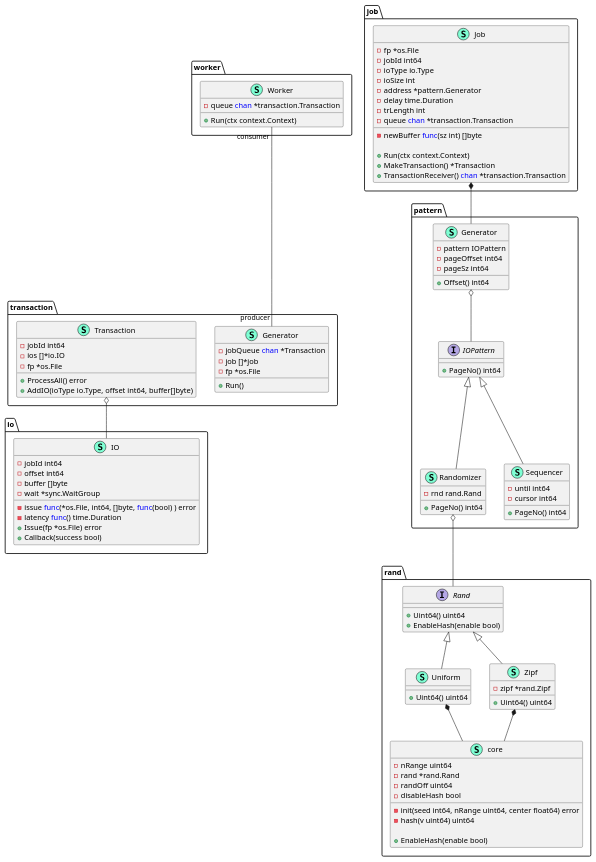
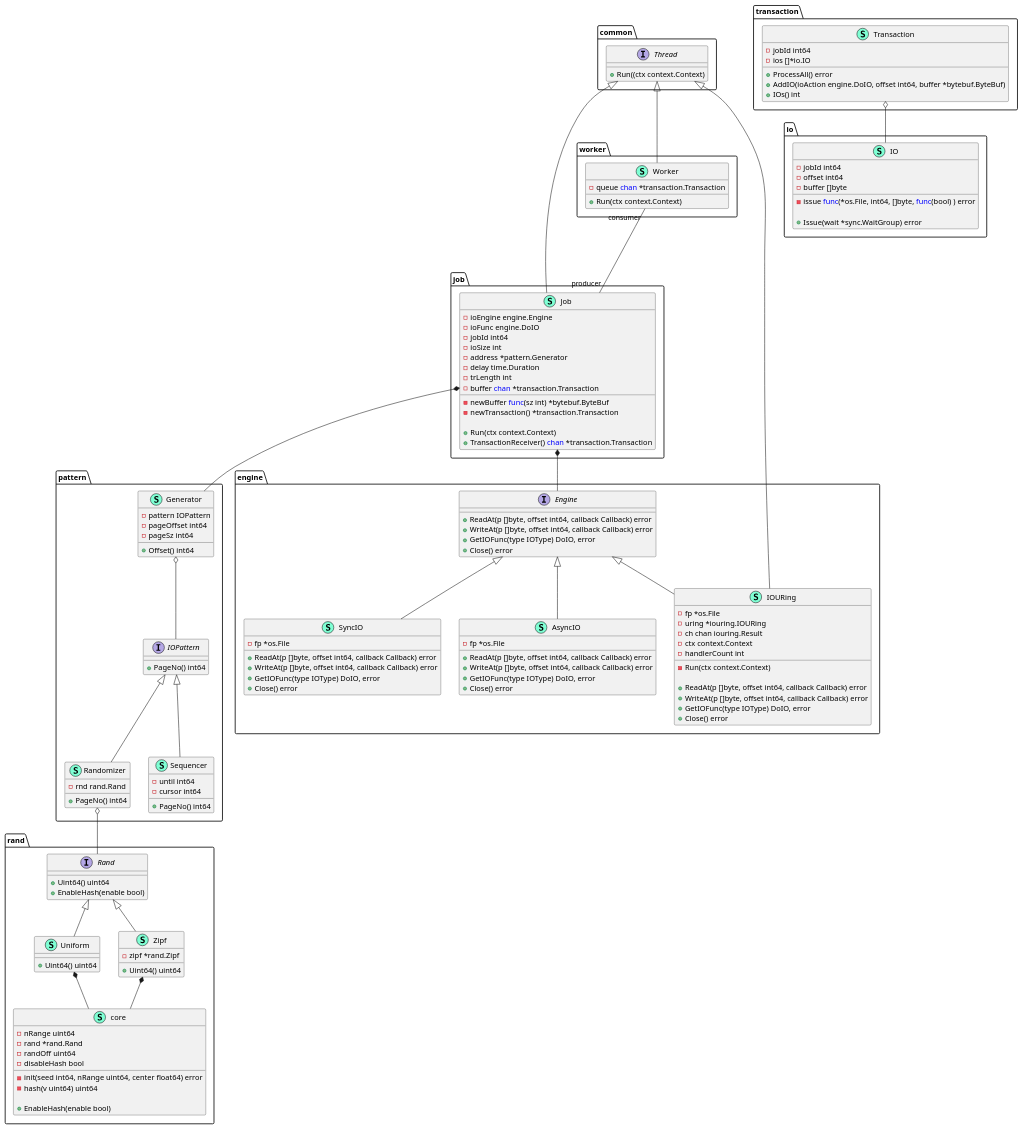
One commit to sungup/t-fio changed the diagram in docs/class-diagram.puml. Above: the diagram before and after it, drawn with PlantUML. The commit also changed 2 other files, not shown here.

Commit message:
internal.engine: now engine.IOURing inherit common.Thread interface
- engine.IOURing inherit common.Thread interface, so Job should check their
  engine is inherited struct from common.Thread.
- change the UML file.

```diff
--- a/docs/class-diagram.puml
+++ b/docs/class-diagram.puml
@@ -1,136 +1,181 @@
 @startuml
+
+namespace common {
+    interface Thread {
+        + Run((ctx context.Context)
+    }
+}
 
 namespace io {
     class IO << (S,Aquamarine) >> {
         - jobId int64
         - offset int64
         - buffer []byte
         - issue <font color=blue>func</font>(*os.File, int64, []byte, <font color=blue>func</font>(bool) ) error
-        - latency <font color=blue>func</font>() time.Duration
-        - wait *sync.WaitGroup
 
-        + Issue(fp *os.File) error
-        + Callback(success bool)
+        + Issue(wait *sync.WaitGroup) error
+    }
+}
+
+namespace transaction {
+    class Transaction << (S, Aquamarine) >> {
+        - jobId int64
+        - ios []*io.IO
+
+        + ProcessAll() error
+        + AddIO(ioAction engine.DoIO, offset int64, buffer *bytebuf.ByteBuf)
+        + IOs() int
     }
 }
 
 namespace pattern {
     class Generator << (S,Aquamarine) >> {
         - pattern IOPattern
         - pageOffset int64
         - pageSz int64
 
         + Offset() int64
 
     }
     interface IOPattern  {
         + PageNo() int64
 
     }
     class Randomizer << (S,Aquamarine) >> {
         - rnd rand.Rand
 
         + PageNo() int64
 
     }
     class Sequencer << (S,Aquamarine) >> {
         - until int64
         - cursor int64
 
         + PageNo() int64
 
     }
 }
 "pattern.IOPattern" <|-- "pattern.Randomizer"
 "pattern.IOPattern" <|-- "pattern.Sequencer"
 "pattern.Generator" o-- "pattern.IOPattern"
 
 namespace rand {
     interface Rand  {
         + Uint64() uint64
         + EnableHash(enable bool) 
 
     }
     class Uniform << (S,Aquamarine) >> {
         + Uint64() uint64
 
     }
     class Zipf << (S,Aquamarine) >> {
         - zipf *rand.Zipf
 
         + Uint64() uint64
 
     }
     class core << (S,Aquamarine) >> {
         - nRange uint64
         - rand *rand.Rand
         - randOff uint64
         - disableHash bool
 
         - init(seed int64, nRange uint64, center float64) error
         - hash(v uint64) uint64
 
         + EnableHash(enable bool) 
 
     }
 }
 "rand.Uniform" *-- "rand.core"
 "rand.Zipf" *-- "rand.core"
 "rand.Rand" <|-- "rand.Uniform"
 "rand.Rand" <|-- "rand.Zipf"
 
 namespace job {
     class Job << (S, Aquamarine) >> {
-        - fp *os.File
+        - ioEngine engine.Engine
+        - ioFunc engine.DoIO
         - jobId int64
-        - ioType io.Type
         - ioSize int
         - address *pattern.Generator
         - delay time.Duration
         - trLength int
-        - queue <font color=blue>chan</font> *transaction.Transaction
+        - buffer <font color=blue>chan</font> *transaction.Transaction
 
-        - newBuffer <font color=blue>func</font>(sz int) []byte
+        - newBuffer <font color=blue>func</font>(sz int) *bytebuf.ByteBuf
+        - newTransaction() *transaction.Transaction
 
         + Run(ctx context.Context)
-        + MakeTransaction() *Transaction
         + TransactionReceiver() <font color=blue>chan</font> *transaction.Transaction
     }
 }
-namespace transaction {
-    ' Transaction Generator
-    class Generator << (S, Aquamarine) >> {
-        - jobQueue <font color=blue>chan</font> *Transaction
-        - job []*job
+
+namespace engine {
+    interface Engine {
+        + ReadAt(p []byte, offset int64, callback Callback) error
+        + WriteAt(p []byte, offset int64, callback Callback) error
+        + GetIOFunc(type IOType) DoIO, error
+        + Close() error
+    }
+
+    class SyncIO << (S, Aquamarine) >> {
         - fp *os.File
 
-        + Run()
+        + ReadAt(p []byte, offset int64, callback Callback) error
+        + WriteAt(p []byte, offset int64, callback Callback) error
+        + GetIOFunc(type IOType) DoIO, error
+        + Close() error
     }
-    class Transaction << (S, Aquamarine) >> {
-        - jobId int64
-        - ios []*io.IO
+
+    class AsyncIO << (S, Aquamarine) >> {
         - fp *os.File
 
-        + ProcessAll() error
-        + AddIO(ioType io.Type, offset int64, buffer[]byte)
+        + ReadAt(p []byte, offset int64, callback Callback) error
+        + WriteAt(p []byte, offset int64, callback Callback) error
+        + GetIOFunc(type IOType) DoIO, error
+        + Close() error
+    }
+
+    class IOURing << (S, Aquamarine) >> {
+        - fp *os.File
+        - uring *iouring.IOURing
+        - ch chan iouring.Result
+        - ctx context.Context
+        - handlerCount int
+
+        - Run(ctx context.Context)
+
+        + ReadAt(p []byte, offset int64, callback Callback) error
+        + WriteAt(p []byte, offset int64, callback Callback) error
+        + GetIOFunc(type IOType) DoIO, error
+        + Close() error
     }
 }
+"engine.Engine" <|-- "engine.AsyncIO"
+"engine.Engine" <|-- "engine.SyncIO"
+"engine.Engine" <|-- "engine.IOURing"
 
 namespace worker {
     /'
       Each worker run only their own transaction at a time.
      '/
     class Worker << (S, Aquamarine) >> {
         - queue <font color=blue>chan</font> *transaction.Transaction
 
         + Run(ctx context.Context)
     }
 }
 
 ' Global associations
 "pattern.Randomizer" o-- "rand.Rand"
 "transaction.Transaction" o-- "io.IO"
 "job.Job" *-- "pattern.Generator"
-"worker.Worker" "consumer" --- "producer" "transaction.Generator"
+"job.Job" *-- "engine.Engine"
+"worker.Worker" "consumer" --- "producer" "job.Job"
+"common.Thread" <|-- "job.Job"
+"common.Thread" <|-- "worker.Worker"
+"common.Thread" <|-- "engine.IOURing"
 
 @enduml
```
